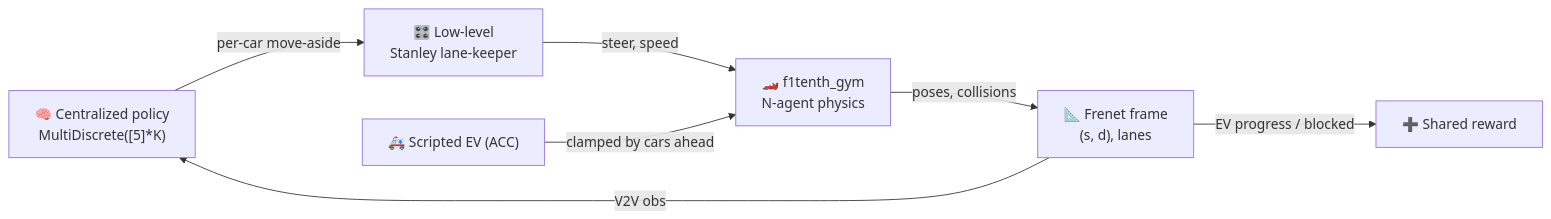
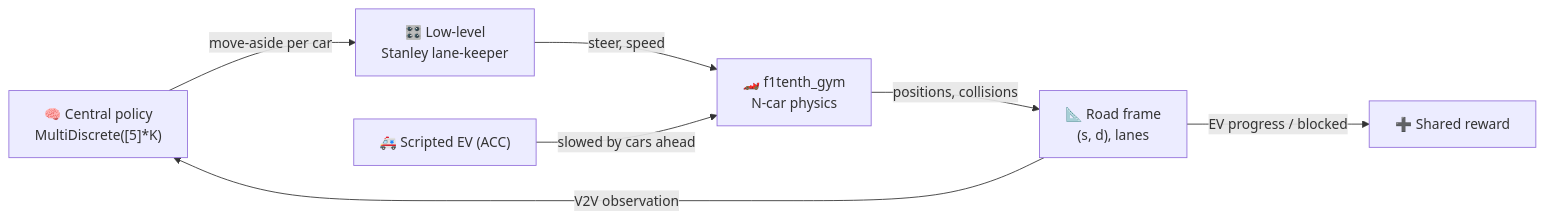
Before and after one commit to MohammedEl-sayedAhmed/collaborative-autonomous-traffic-clearance: the diagram in README.md, drawn with Mermaid. The commit also changed other lines of this file and 8 other files, not shown here.

````diff
--- a/README.md
+++ b/README.md
@@ -67,9 +72,9 @@
 ```mermaid
 flowchart LR
-  POL["🧠 Centralized policy<br/>MultiDiscrete([5]*K)"] -->|per-car move-aside| LL["🎛️ Low-level<br/>Stanley lane-keeper"]
-  LL -->|steer, speed| GYM["🏎️ f1tenth_gym<br/>N-agent physics"]
-  GYM -->|poses, collisions| FR["📐 Frenet frame<br/>(s, d), lanes"]
-  FR -->|V2V obs| POL
-  EV["🚑 Scripted EV (ACC)"] -->|clamped by cars ahead| GYM
+  POL["🧠 Central policy<br/>MultiDiscrete([5]*K)"] -->|move-aside per car| LL["🎛️ Low-level<br/>Stanley lane-keeper"]
+  LL -->|steer, speed| GYM["🏎️ f1tenth_gym<br/>N-car physics"]
+  GYM -->|positions, collisions| FR["📐 Road frame<br/>(s, d), lanes"]
+  FR -->|V2V observation| POL
+  EV["🚑 Scripted EV (ACC)"] -->|slowed by cars ahead| GYM
   FR -->|EV progress / blocked| RW["➕ Shared reward"]
 ```
````
